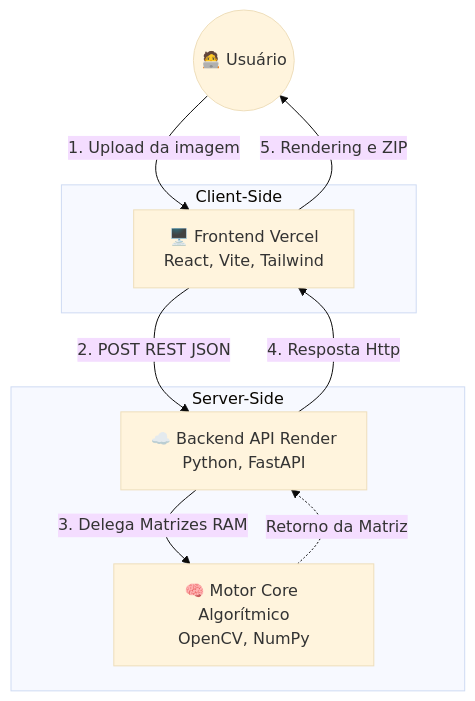
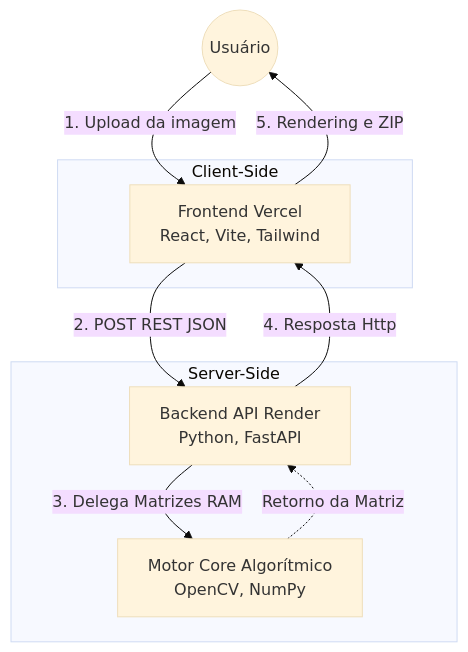
Before and after one commit to MarcoSchenkelJr/projeto_pdi: the diagram in README.md, drawn with Mermaid (base theme). The commit also changed other lines of this file, not shown here.

````diff
--- a/README.md
+++ b/README.md
@@ -59,20 +59,20 @@
 ```mermaid
 graph TD
-    User((🧑‍💻 Usuário))
+    User((Usuário))
     
     subgraph Client-Side
-        Front[🖥️ Frontend Vercel<br/>React, Vite, Tailwind]
+        Front[Frontend Vercel<br/>React, Vite, Tailwind]
     end
     
     subgraph Server-Side
-        API[☁️ Backend API Render<br/>Python, FastAPI]
-        Core[🧠 Motor Core Algorítmico<br/>OpenCV, NumPy]
+        API[Backend API Render<br/>Python, FastAPI]
+        Core[Motor Core Algorítmico<br/>OpenCV, NumPy]
     end
 
     User -->|1. Upload da imagem| Front
     Front -->|2. POST REST JSON| API
     API -->|3. Delega Matrizes RAM| Core
     Core -.->|Retorno da Matriz| API
     API -->|4. Resposta Http| Front
     Front -->|5. Rendering e ZIP| User
 ```
````
